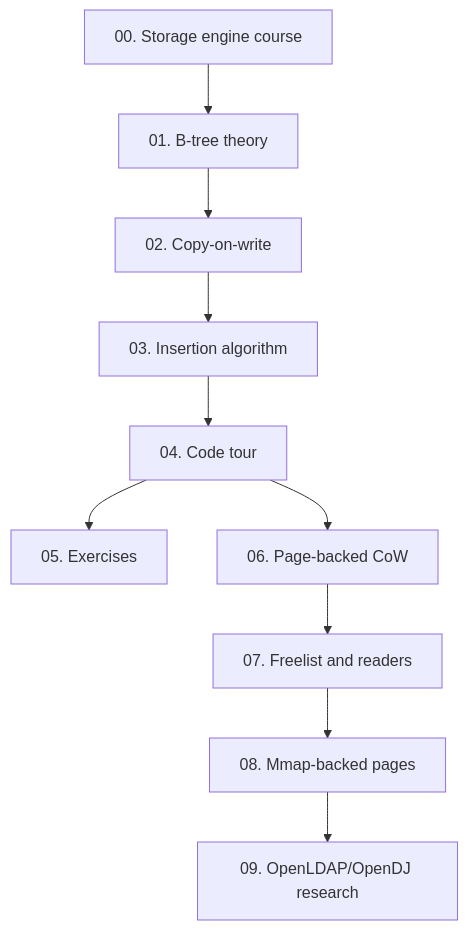
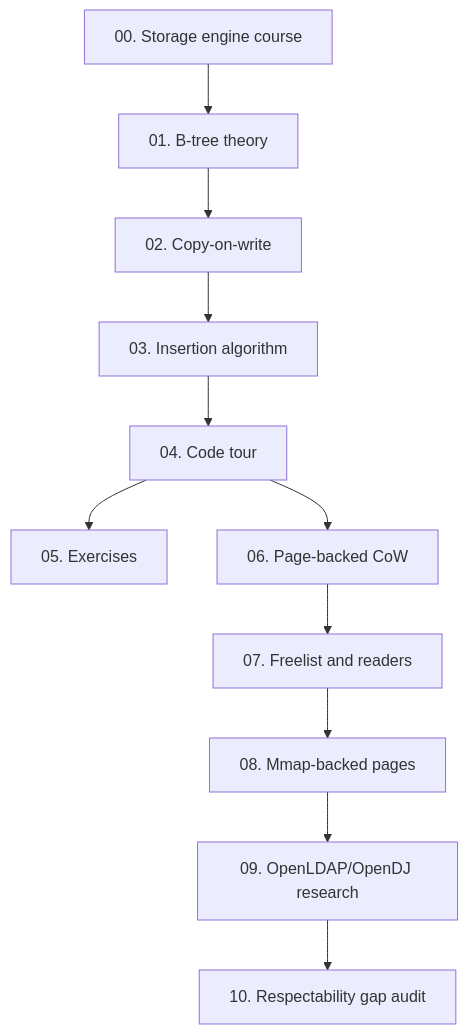
One commit to hadamrd/cow-btree-course changed the diagram in docs/index.md. Above: the diagram before and after it, drawn with Mermaid. The commit also changed other lines of this file and 7 other files, not shown here.

````diff
--- a/docs/index.md
+++ b/docs/index.md
@@ -21,12 +21,13 @@
 ```mermaid
 flowchart TD
     Z["00. Storage engine course"] --> A["01. B-tree theory"]
     A --> B["02. Copy-on-write"]
     B --> C["03. Insertion algorithm"]
     C --> D["04. Code tour"]
     D --> E["05. Exercises"]
     D --> F["06. Page-backed CoW"]
     F --> G["07. Freelist and readers"]
     G --> H["08. Mmap-backed pages"]
     H --> I["09. OpenLDAP/OpenDJ research"]
+    I --> J["10. Respectability gap audit"]
 ```
````
